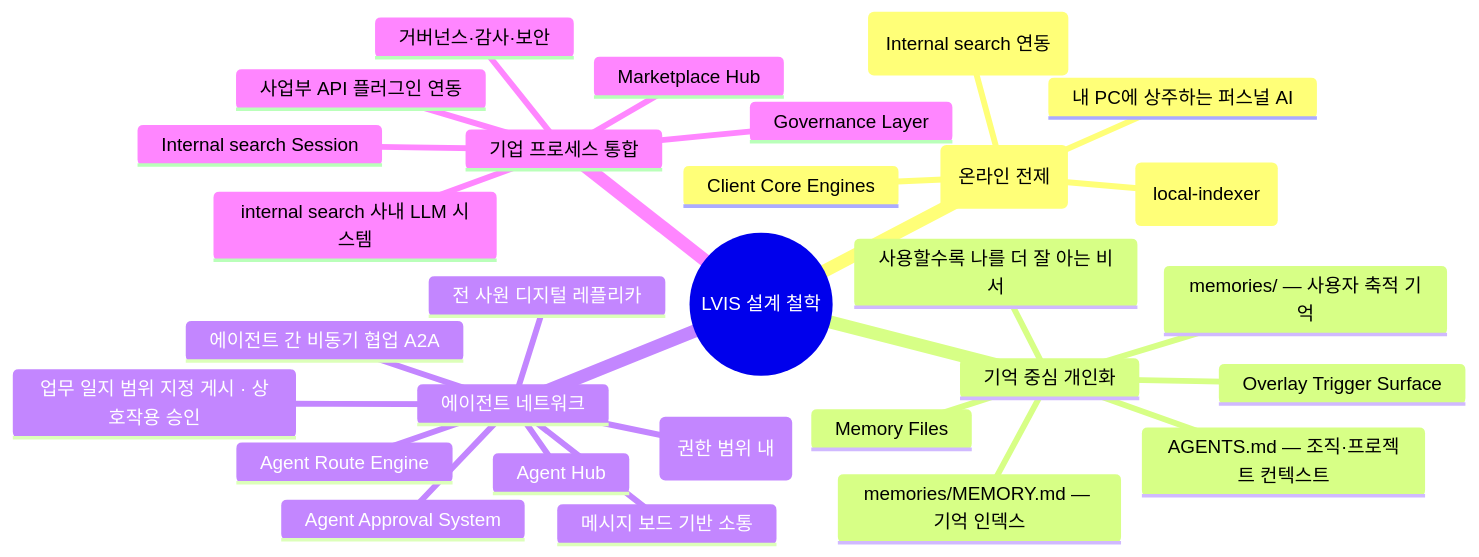
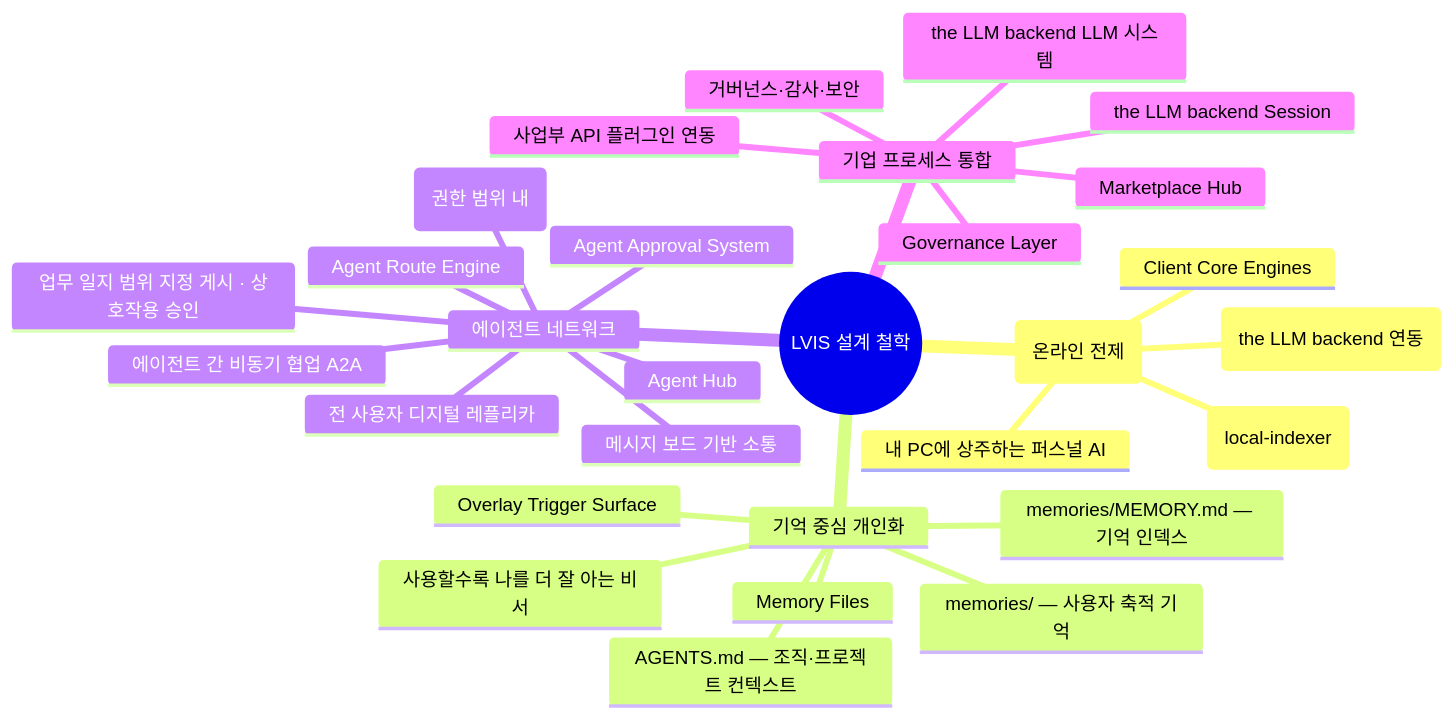
The first of 44 diagrams in docs/architecture/architecture.md (lvis-project/lvis-app), drawn with Mermaid before and after one commit. The commit also changed other lines of this file and 76 other files, not shown here.

````diff
--- a/docs/architecture/architecture.md
+++ b/docs/architecture/architecture.md
@@ -45,32 +45,32 @@
 ```mermaid
 mindmap
   root((LVIS 설계 철학))
     설치형·로컬 기반 (온라인 전제)
       내 PC에 상주하는 퍼스널 AI
-      로컬 문서·파일 인덱싱 (Internal search 연동)
+      로컬 문서·파일 인덱싱 (the LLM backend 연동)
       Local Index Engine (local-indexer)
       Client Core Engines
     기억 중심 개인화
       AGENTS.md — 조직·프로젝트 컨텍스트
       memories/MEMORY.md — 기억 인덱스
       memories/ — 사용자 축적 기억
       사용할수록 나를 더 잘 아는 비서
       Memory Files
       Overlay Trigger Surface
     에이전트 네트워크
-      전 사원 디지털 레플리카
+      전 사용자 디지털 레플리카
       에이전트 간 비동기 협업 A2A
       메시지 보드 기반 소통
       업무 일지 범위 지정 게시 · 상호작용 승인
       Hub 수시 열람 - 집단 지성 (권한 범위 내)
       Agent Hub
       Agent Route Engine
       Agent Approval System
     기업 프로세스 통합
-      internal search 사내 LLM 시스템
+      the LLM backend LLM 시스템
       사업부 API 플러그인 연동
       거버넌스·감사·보안
-      Internal search Session
+      the LLM backend Session
       Marketplace Hub
       Governance Layer
 ```
````
